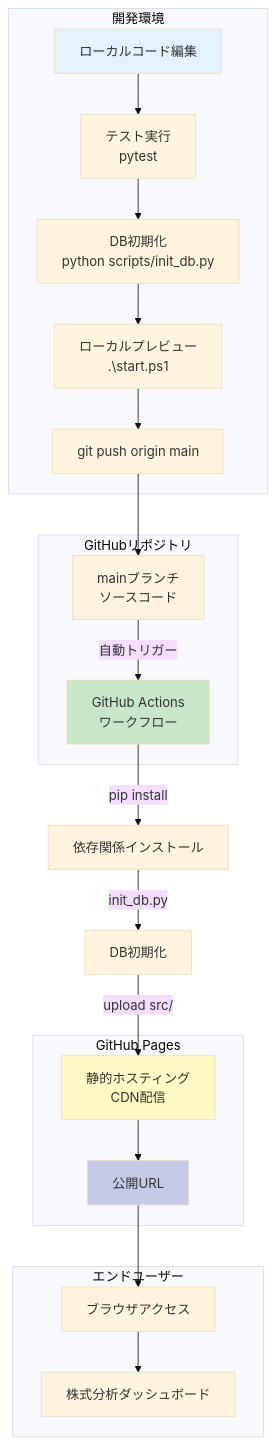
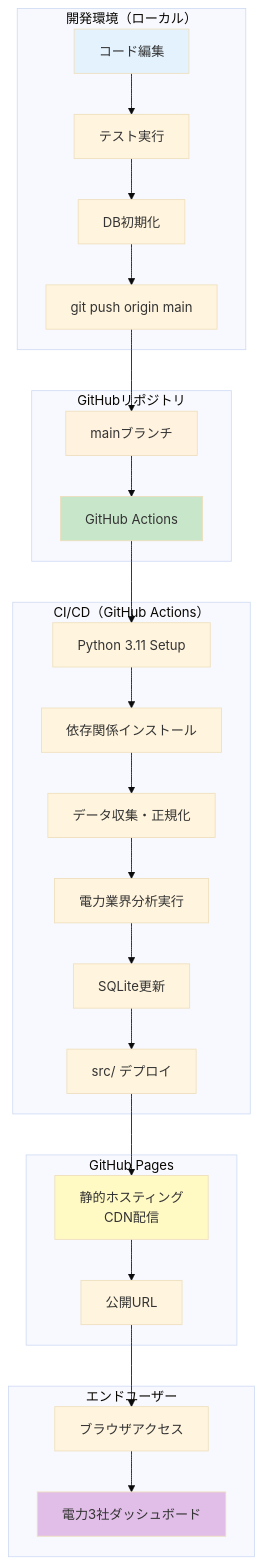
One commit to J1921604/stock-analysis changed the diagram in docs/DEPLOY_GUIDE.md. Above: the diagram before and after it, drawn with Mermaid (base theme). The commit also changed other lines of this file and 35 other files, not shown here.

````diff
--- a/docs/DEPLOY_GUIDE.md
+++ b/docs/DEPLOY_GUIDE.md
@@ -32,44 +29,45 @@
 ```mermaid
 flowchart TB
-    subgraph Developer["開発環境"]
-        A[ローカルコード編集]
-        B[テスト実行<br/>pytest]
-        C[DB初期化<br/>python scripts/init_db.py]
-        D[ローカルプレビュー<br/>.\start.ps1]
-        E[git push origin main]
+    subgraph Developer["開発環境（ローカル）"]
+        A[コード編集]
+        B[テスト実行]
+        C[DB初期化]
+        D[git push origin main]
     end
   
     subgraph GitHub["GitHubリポジトリ"]
-        F[mainブランチ<br/>ソースコード]
-        G[GitHub Actions<br/>ワークフロー]
+        E[mainブランチ]
+        F[GitHub Actions]
+    end
+  
+    subgraph CI["CI/CD（GitHub Actions）"]
+        G[Python 3.11 Setup]
+        H[依存関係インストール]
+        I[データ収集・正規化]
+        J[電力業界分析実行]
+        K[SQLite更新]
+        L[src/ デプロイ]
     end
   
     subgraph Deploy["GitHub Pages"]
-        I[静的ホスティング<br/>CDN配信]
-        J[公開URL]
+        M[静的ホスティング<br/>CDN配信]
+        N[公開URL]
     end
   
     subgraph Users["エンドユーザー"]
-        K[ブラウザアクセス]
-        L[株式分析ダッシュボード]
+        O[ブラウザアクセス]
+        P[電力3社ダッシュボード]
     end
   
-    A --> B
-    B --> C
-    C --> D
+    A --> B --> C --> D
     D --> E
     E --> F
-    F -->|自動トリガー| G
-    G -->|pip install| G1[依存関係インストール]
-    G1 -->|init_db.py| G2[DB初期化]
-    G2 -->|upload src/| I
-    I --> J
-    J --> K
-    K --> L
+    F --> G --> H --> I --> J --> K --> L
+    L --> M --> N --> O --> P
   
     style A fill:#e3f2fd
-    style F fill:#fff3e0
-    style G fill:#c8e6c9
-    style I fill:#fff9c4
-    style J fill:#c5cae9
+    style E fill:#fff3e0
+    style F fill:#c8e6c9
+    style M fill:#fff9c4
+    style P fill:#e1bee7
 ```
````
